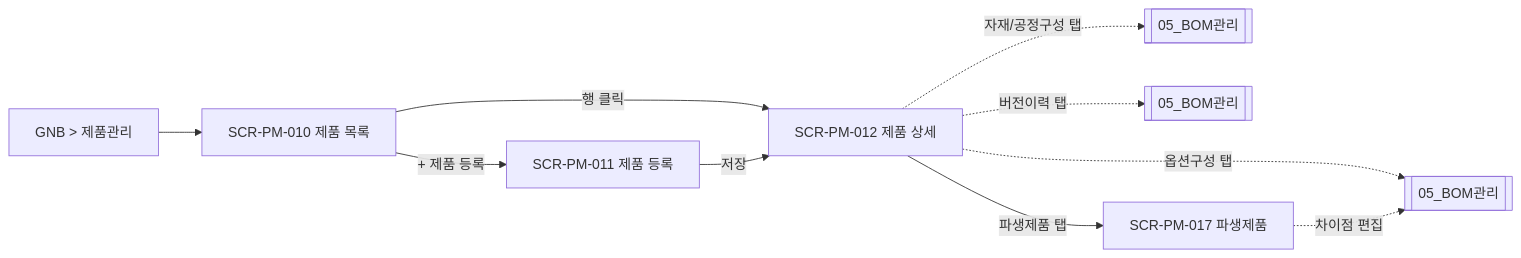
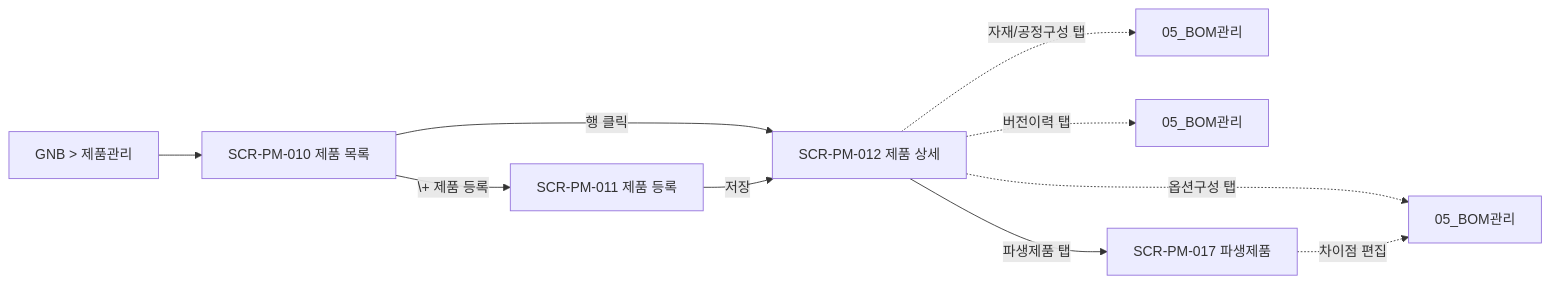
One commit to team-codecraft/wims2.0 changed the first of 3 diagrams in docs/3_DE(설계)/DE22-1_화면설계서/sections/04_제품관리.md. Above: the diagram before and after it, drawn with Mermaid. The commit also changed other lines of this file and 10 other files, not shown here.

First line of the commit message:
chore: 잡동사니 변경 모음 — Mermaid 문법 수정, editor/package 설정, poc-mermaid 추가

````diff
--- a/docs/3_DE(설계)/DE22-1_화면설계서/sections/04_제품관리.md
+++ b/docs/3_DE(설계)/DE22-1_화면설계서/sections/04_제품관리.md
@@ -38,12 +38,12 @@
 ```mermaid
 flowchart LR
-  GNB[GNB > 제품관리] --> L[SCR-PM-010 제품 목록]
-  L -->|+ 제품 등록| N[SCR-PM-011 제품 등록]
+  GNB["GNB > 제품관리"] --> L[SCR-PM-010 제품 목록]
+  L -->|\+ 제품 등록| N[SCR-PM-011 제품 등록]
   L -->|행 클릭| D[SCR-PM-012 제품 상세]
   N -->|저장| D
-  D -.자재/공정구성 탭.-> B1[[05_BOM관리]]
-  D -.옵션구성 탭.-> B2[[05_BOM관리]]
-  D -.버전이력 탭.-> B3[[05_BOM관리]]
+  D -.자재/공정구성 탭.-> B1[05_BOM관리]
+  D -.옵션구성 탭.-> B2[05_BOM관리]
+  D -.버전이력 탭.-> B3[05_BOM관리]
   D -->|파생제품 탭| DV[SCR-PM-017 파생제품]
   DV -.차이점 편집.-> B2
 ```
````
